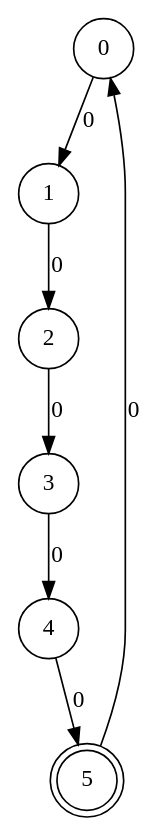
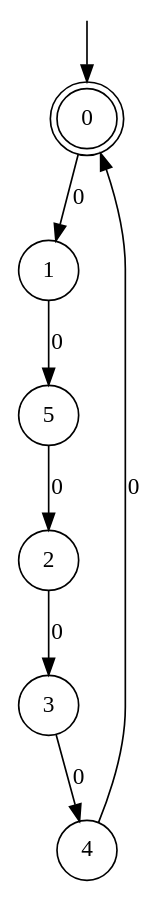
The diagram in algorithms/active/ilstar/classic.dot (rasofema/learnlib), drawn with Graphviz before and after one commit. The commit also changed 8 other files, not shown here.

```diff
--- a/algorithms/active/ilstar/classic.dot
+++ b/algorithms/active/ilstar/classic.dot
@@ -1,16 +1,19 @@
 digraph g {
 
-	s0 [shape="circle" label="0"];
+	s0 [shape="doublecircle" label="0"];
 	s1 [shape="circle" label="1"];
 	s2 [shape="circle" label="2"];
 	s3 [shape="circle" label="3"];
 	s4 [shape="circle" label="4"];
-	s5 [shape="doublecircle" label="5"];
+	s5 [shape="circle" label="5"];
 	s0 -> s1 [label="0"];
-	s1 -> s2 [label="0"];
+	s1 -> s5 [label="0"];
 	s2 -> s3 [label="0"];
 	s3 -> s4 [label="0"];
-	s4 -> s5 [label="0"];
-	s5 -> s0 [label="0"];
+	s4 -> s0 [label="0"];
+	s5 -> s2 [label="0"];
+
+__start0 [label="" shape="none" width="0" height="0"];
+__start0 -> s0;
 
 }
```
